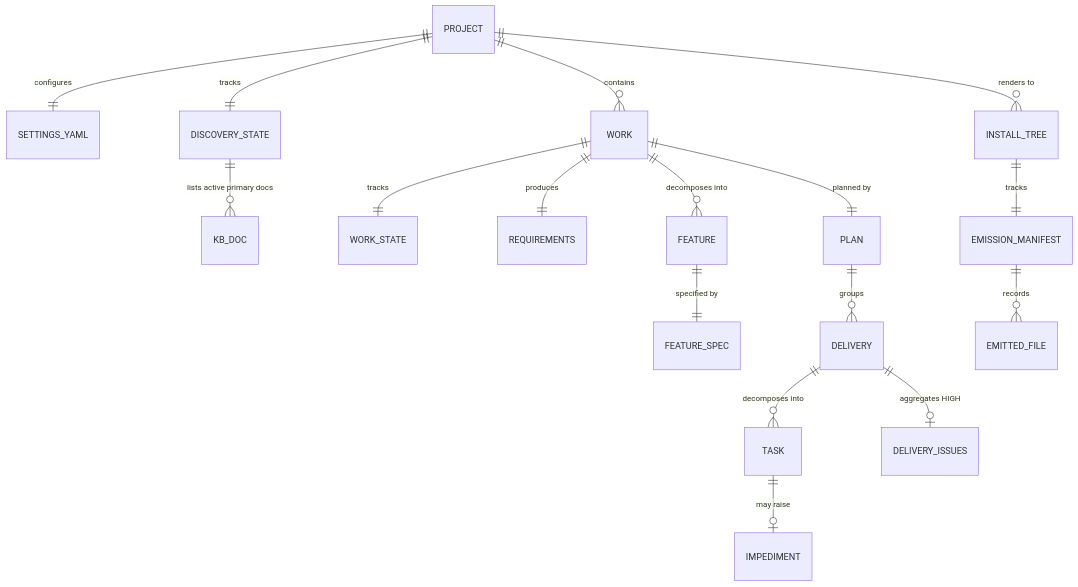
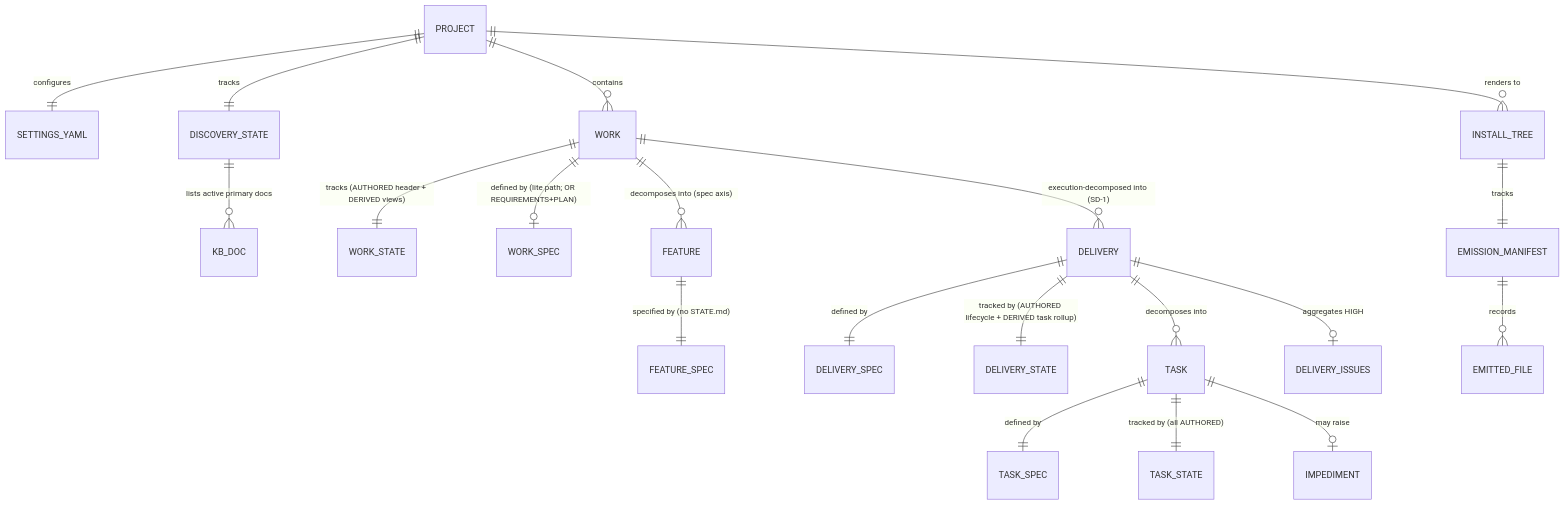
Before and after one commit to AndreVianna/aid-methodology: the diagram in .aid/knowledge/schemas.md, drawn with Mermaid. The commit also changed other lines of this file and 4 other files, not shown here.

First line of the commit message:
feat(work-004): wave 2 — KB schemas/structure + writeback retarget to per-unit STATE

````diff
--- a/.aid/knowledge/schemas.md
+++ b/.aid/knowledge/schemas.md
@@ -550,19 +836,22 @@
 ```mermaid
 erDiagram
     PROJECT ||--|| SETTINGS_YAML : "configures"
     PROJECT ||--|| DISCOVERY_STATE : "tracks"
     DISCOVERY_STATE ||--o{ KB_DOC : "lists active primary docs"
     PROJECT ||--o{ WORK : "contains"
-    WORK ||--|| WORK_STATE : "tracks"
-    WORK ||--|| REQUIREMENTS : "produces"
-    WORK ||--o{ FEATURE : "decomposes into"
-    FEATURE ||--|| FEATURE_SPEC : "specified by"
-    WORK ||--|| PLAN : "planned by"
-    PLAN ||--o{ DELIVERY : "groups"
+    WORK ||--|| WORK_STATE : "tracks (AUTHORED header + DERIVED views)"
+    WORK ||--o| WORK_SPEC : "defined by (lite path; OR REQUIREMENTS+PLAN)"
+    WORK ||--o{ FEATURE : "decomposes into (spec axis)"
+    FEATURE ||--|| FEATURE_SPEC : "specified by (no STATE.md)"
+    WORK ||--o{ DELIVERY : "execution-decomposed into (SD-1)"
+    DELIVERY ||--|| DELIVERY_SPEC : "defined by"
+    DELIVERY ||--|| DELIVERY_STATE : "tracked by (AUTHORED lifecycle + DERIVED task rollup)"
     DELIVERY ||--o{ TASK : "decomposes into"
+    TASK ||--|| TASK_SPEC : "defined by"
+    TASK ||--|| TASK_STATE : "tracked by (all AUTHORED)"
     TASK ||--o| IMPEDIMENT : "may raise"
     DELIVERY ||--o| DELIVERY_ISSUES : "aggregates HIGH"
     PROJECT ||--o{ INSTALL_TREE : "renders to"
     INSTALL_TREE ||--|| EMISSION_MANIFEST : "tracks"
     EMISSION_MANIFEST ||--o{ EMITTED_FILE : "records"
 ```
````
